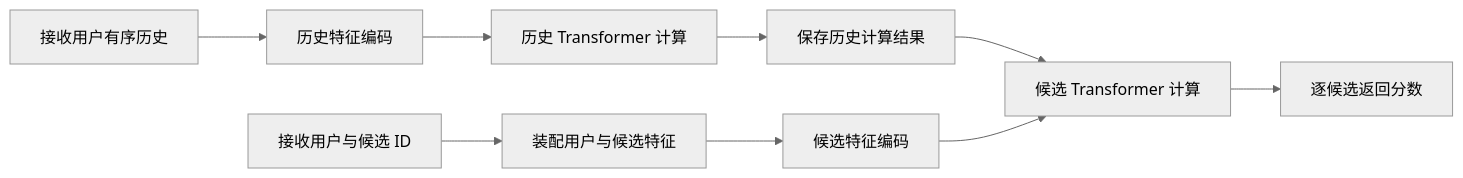
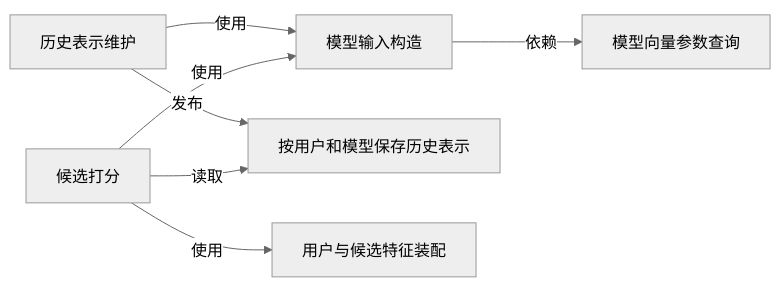
The first of 6 diagrams in 02_onetrans.md (bitianyuan123/docs), drawn with Mermaid (neutral theme) before and after one commit. The commit also changed other lines of this file and 141 other files, not shown here.

````diff
--- a/02_onetrans.md
+++ b/02_onetrans.md
@@ -28,11 +28,9 @@
 ```mermaid
 flowchart LR
-    A[接收用户有序历史] --> B[历史特征编码]
-    B --> C[历史 Transformer 计算]
-    C --> D[保存历史计算结果]
-    E[接收用户与候选 ID] --> F[装配用户与候选特征]
-    F --> G[候选特征编码]
-    D --> H[候选 Transformer 计算]
-    G --> H
-    H --> I[逐候选返回分数]
+    H[历史表示维护] -->|使用| E[模型输入构造]
+    H -->|发布| K[按用户和模型保存历史表示]
+    R[候选打分] -->|使用| A[用户与候选特征装配]
+    R -->|使用| E
+    R -->|读取| K
+    E -->|依赖| P[模型向量参数查询]
 ```
````
